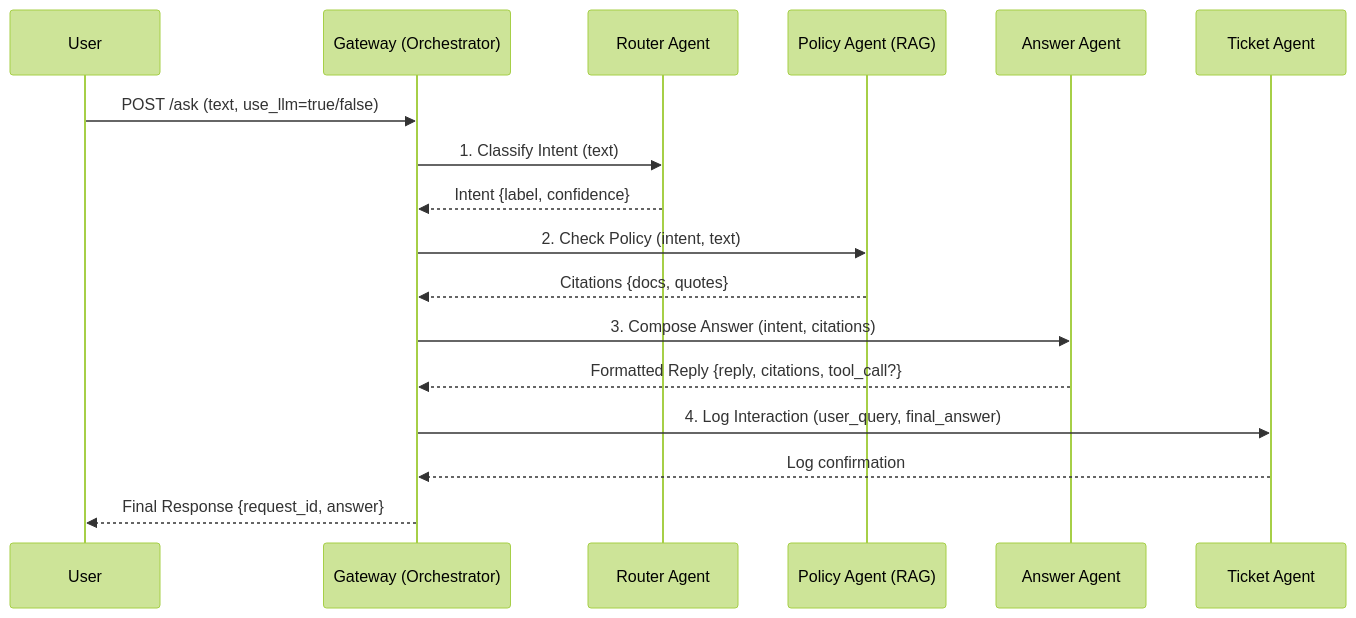
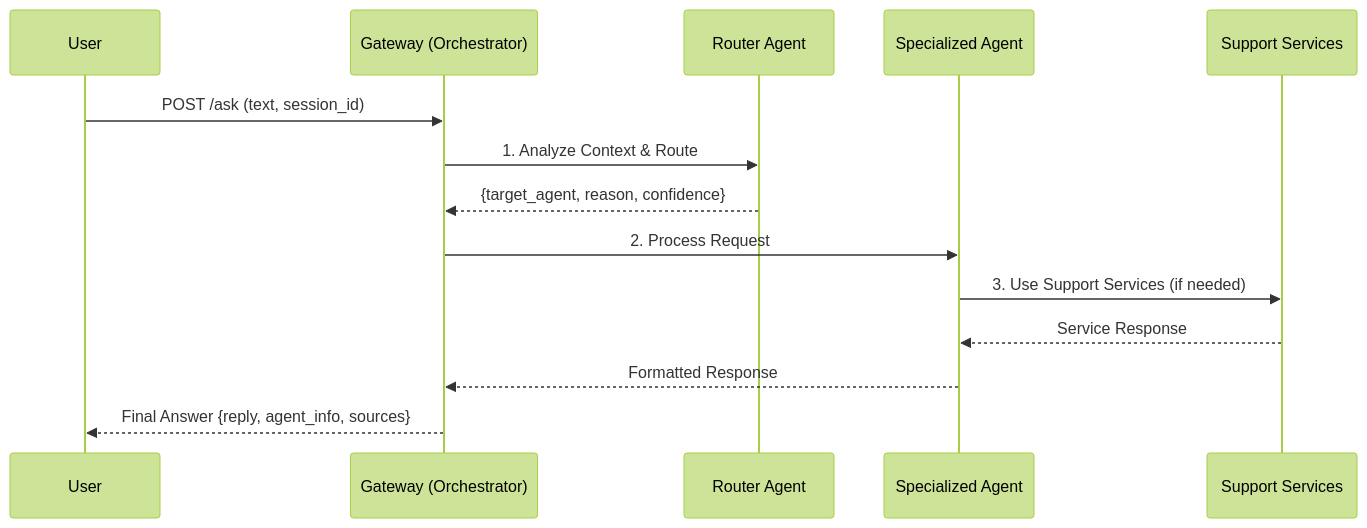
The diagram in README.md (QuocAnhh/campus-helpdesk), drawn with Mermaid (forest theme) before and after one commit. The commit also changed other lines of this file, not shown here.

````diff
--- a/README.md
+++ b/README.md
@@ -24,24 +27,19 @@
 ```mermaid
 sequenceDiagram
     participant User
     participant Gateway as Gateway (Orchestrator)
     participant Router as Router Agent
-    participant Policy as Policy Agent (RAG)
-    participant Answer as Answer Agent
-    participant Ticket as Ticket Agent
+    participant Agent as Specialized Agent
+    participant Services as Support Services
 
-    User->>Gateway: POST /ask (text, use_llm=true/false)
-    Gateway->>Router: 1. Classify Intent (text)
-    Router-->>Gateway: Intent {label, confidence}
+    User->>Gateway: POST /ask (text, session_id)
+    Gateway->>Router: 1. Analyze Context & Route
+    Router-->>Gateway: {target_agent, reason, confidence}
     
-    Gateway->>Policy: 2. Check Policy (intent, text)
-    Policy-->>Gateway: Citations {docs, quotes}
+    Gateway->>Agent: 2. Process Request
+    Agent->>Services: 3. Use Support Services (if needed)
+    Services-->>Agent: Service Response
+    Agent-->>Gateway: Formatted Response
     
-    Gateway->>Answer: 3. Compose Answer (intent, citations)
-    Answer-->>Gateway: Formatted Reply {reply, citations, tool_call?}
-    
-    Gateway->>Ticket: 4. Log Interaction (user_query, final_answer)
-    Ticket-->>Gateway: Log confirmation
-    
-    Gateway-->>User: Final Response {request_id, answer}
+    Gateway-->>User: Final Answer {reply, agent_info, sources}
 ```
````
